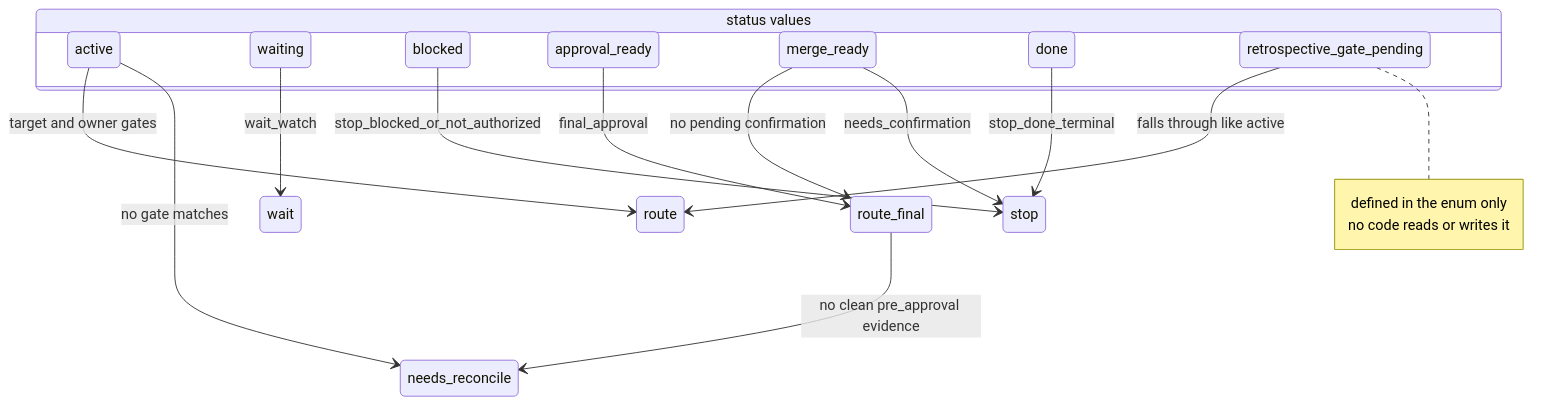
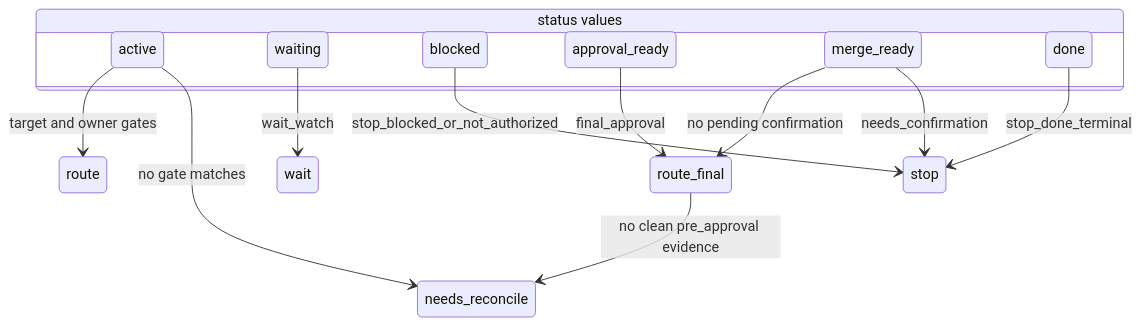
The third of 18 diagrams in docs/atlas/03-state-machines.md (mfittko/dev-loops), drawn with Mermaid before and after one commit. The commit also changed other lines of this file and 109 other files, not shown here.

First line of the commit message:
chore(audit): bundle 3 deletions, retire the repo phase flow, stale docs (issue 3476)

````diff
--- a/docs/atlas/03-state-machines.md
+++ b/docs/atlas/03-state-machines.md
@@ -87,26 +87,20 @@
 ```mermaid
 stateDiagram-v2
   state "status values" as S {
     active
     waiting
     blocked
     approval_ready
     merge_ready
     done
-    retrospective_gate_pending
   }
   active --> route: target and owner gates
   active --> needs_reconcile: no gate matches
-  retrospective_gate_pending --> route: falls through like active
   waiting --> wait: wait_watch
   blocked --> stop: stop_blocked_or_not_authorized
   approval_ready --> route_final: final_approval
   merge_ready --> route_final: no pending confirmation
   merge_ready --> stop: needs_confirmation
   route_final --> needs_reconcile: no clean pre_approval evidence
   done --> stop: stop_done_terminal
-  note right of retrospective_gate_pending
-    defined in the enum only
-    no code reads or writes it
-  end note
 ```
````
